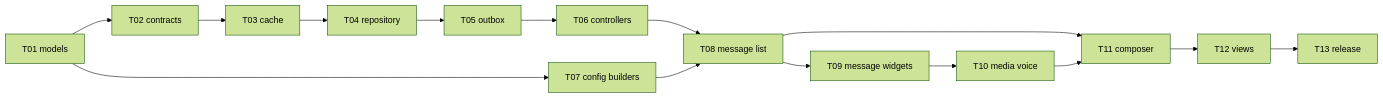
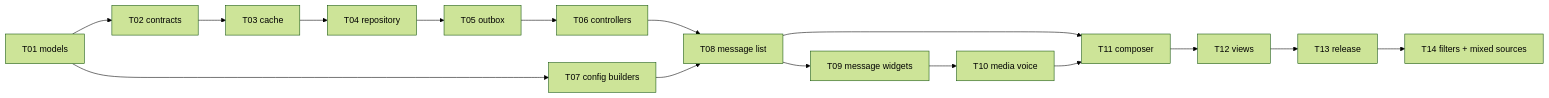
Before and after one commit to fodilfliti/flutter_chat_kit: the diagram in spec/tasks/README.md, drawn with Mermaid (forest theme). The commit also changed other lines of this file and 35 other files, not shown here.

````diff
--- a/spec/tasks/README.md
+++ b/spec/tasks/README.md
@@ -22,17 +23,18 @@
 ```mermaid
 flowchart LR
   T01[T01 models] --> T02[T02 contracts]
   T02 --> T03[T03 cache]
   T03 --> T04[T04 repository]
   T04 --> T05[T05 outbox]
   T05 --> T06[T06 controllers]
   T01 --> T07[T07 config builders]
   T06 --> T08[T08 message list]
   T07 --> T08
   T08 --> T09[T09 message widgets]
   T09 --> T10[T10 media voice]
   T08 --> T11[T11 composer]
   T10 --> T11
   T11 --> T12[T12 views]
   T12 --> T13[T13 release]
+  T13 --> T14[T14 filters + mixed sources]
 ```
````
